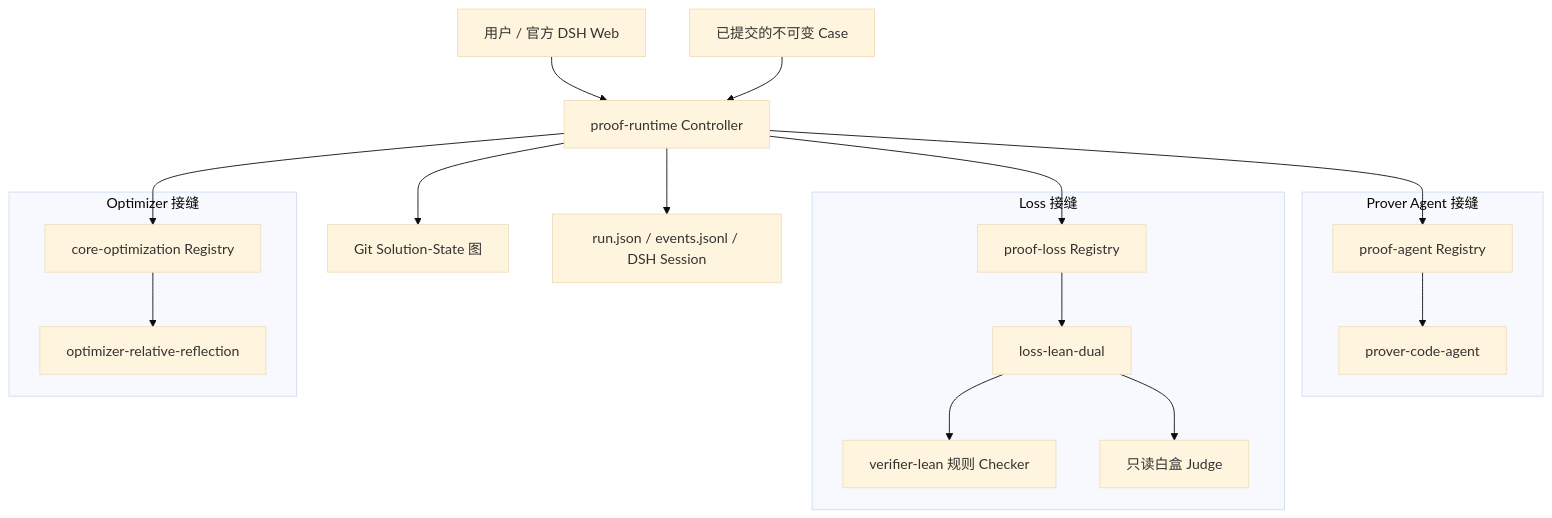
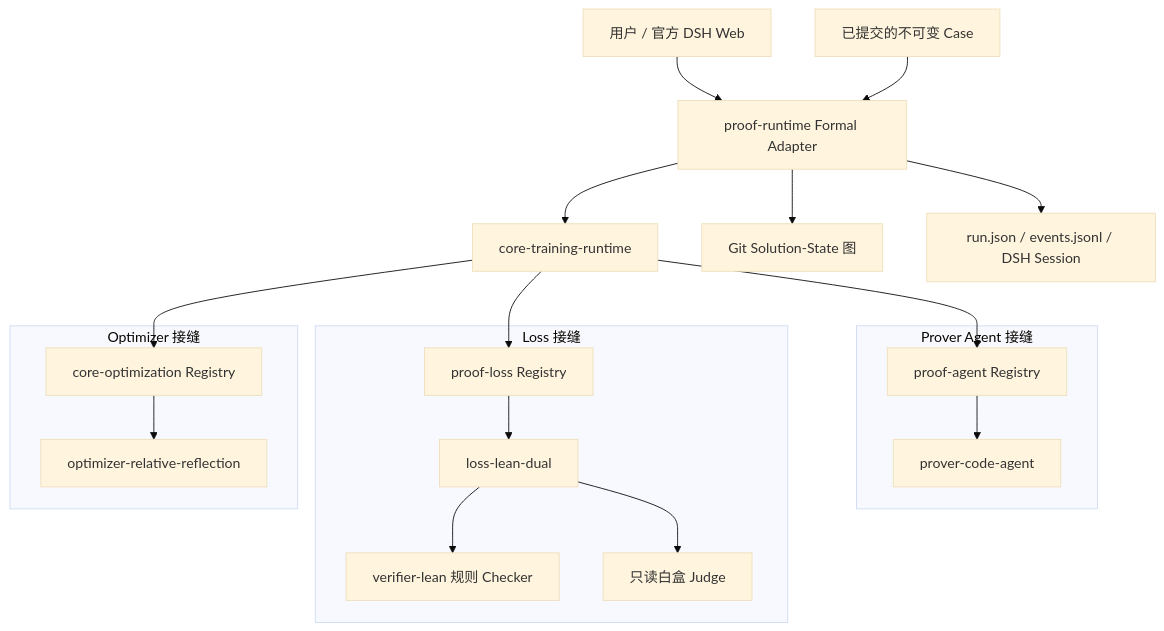
Before and after one commit to BruceLoveLee000/tokens-as-parameters: the first of 2 diagrams in docs/zh-CN/architecture/dsh-formal-proof-bundle.md, drawn with Mermaid (base theme). The commit also changed other lines of this file and 31 other files, not shown here.

Commit message:
refactor: separate core training runtime from formal loss

````diff
--- a/docs/zh-CN/architecture/dsh-formal-proof-bundle.md
+++ b/docs/zh-CN/architecture/dsh-formal-proof-bundle.md
@@ -11,26 +11,27 @@
 ```mermaid
 flowchart TB
-  User[用户 / 官方 DSH Web] --> Runtime[proof-runtime Controller]
-  Cases[已提交的不可变 Case] --> Runtime
+  User[用户 / 官方 DSH Web] --> Adapter[proof-runtime Formal Adapter]
+  Cases[已提交的不可变 Case] --> Adapter
+  Adapter --> Runtime[core-training-runtime]
   subgraph Prover[Prover Agent 接缝]
     AgentRegistry[proof-agent Registry]
     CodeAgent[prover-code-agent]
   end
   subgraph Loss[Loss 接缝]
     LossRegistry[proof-loss Registry]
     Dual[loss-lean-dual]
     Lean[verifier-lean 规则 Checker]
     Judge[只读白盒 Judge]
   end
   subgraph Optimizer[Optimizer 接缝]
     Optimization[core-optimization Registry]
     Reflection[optimizer-relative-reflection]
   end
   Runtime --> AgentRegistry --> CodeAgent
   Runtime --> LossRegistry --> Dual
   Dual --> Lean
   Dual --> Judge
   Runtime --> Optimization --> Reflection
-  Runtime --> Git[Git Solution-State 图]
-  Runtime --> Observer[run.json / events.jsonl / DSH Session]
+  Adapter --> Git[Git Solution-State 图]
+  Adapter --> Observer[run.json / events.jsonl / DSH Session]
 ```
````
